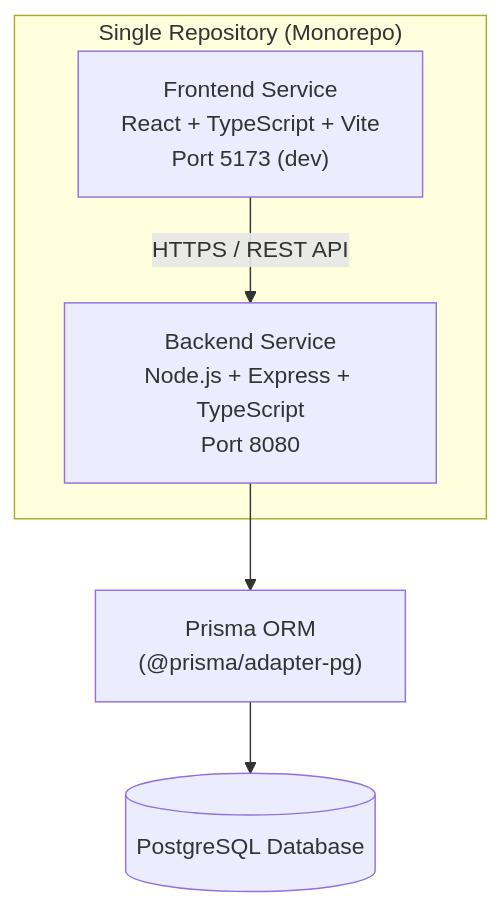
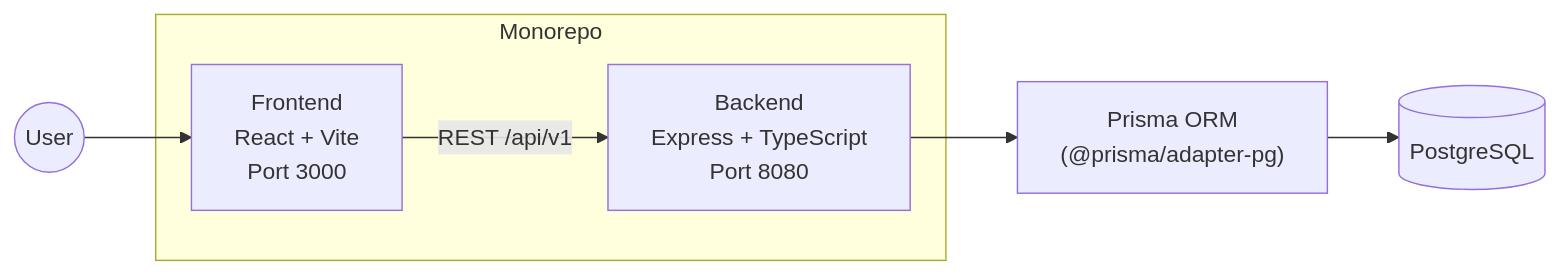
The first of 4 diagrams in docs/architecture.md (bittukumarthakur/acme-salary-management-system), drawn with Mermaid before and after one commit. The commit also changed other lines of this file and 10 other files, not shown here.

````diff
--- a/docs/architecture.md
+++ b/docs/architecture.md
@@ -5,11 +8,13 @@
 ```mermaid
-flowchart TB
-    subgraph Monorepo["Single Repository (Monorepo)"]
-    FE["Frontend Service<br/>React + TypeScript + Vite<br/>Port 5173 (dev)"]
-        BE["Backend Service<br/>Node.js + Express + TypeScript<br/>Port 8080"]
+flowchart LR
+    User(("User")) --> FE
+
+    subgraph Monorepo["Monorepo"]
+        FE["Frontend<br/>React + Vite<br/>Port 3000"]
+        BE["Backend<br/>Express + TypeScript<br/>Port 8080"]
     end
 
-    FE -->|"HTTPS / REST API"| BE
+    FE -->|"REST /api/v1"| BE
     BE --> PRISMA["Prisma ORM<br/>(@prisma/adapter-pg)"]
-    PRISMA --> DB[("PostgreSQL Database")]
+    PRISMA --> DB[("PostgreSQL")]
 ```
````
